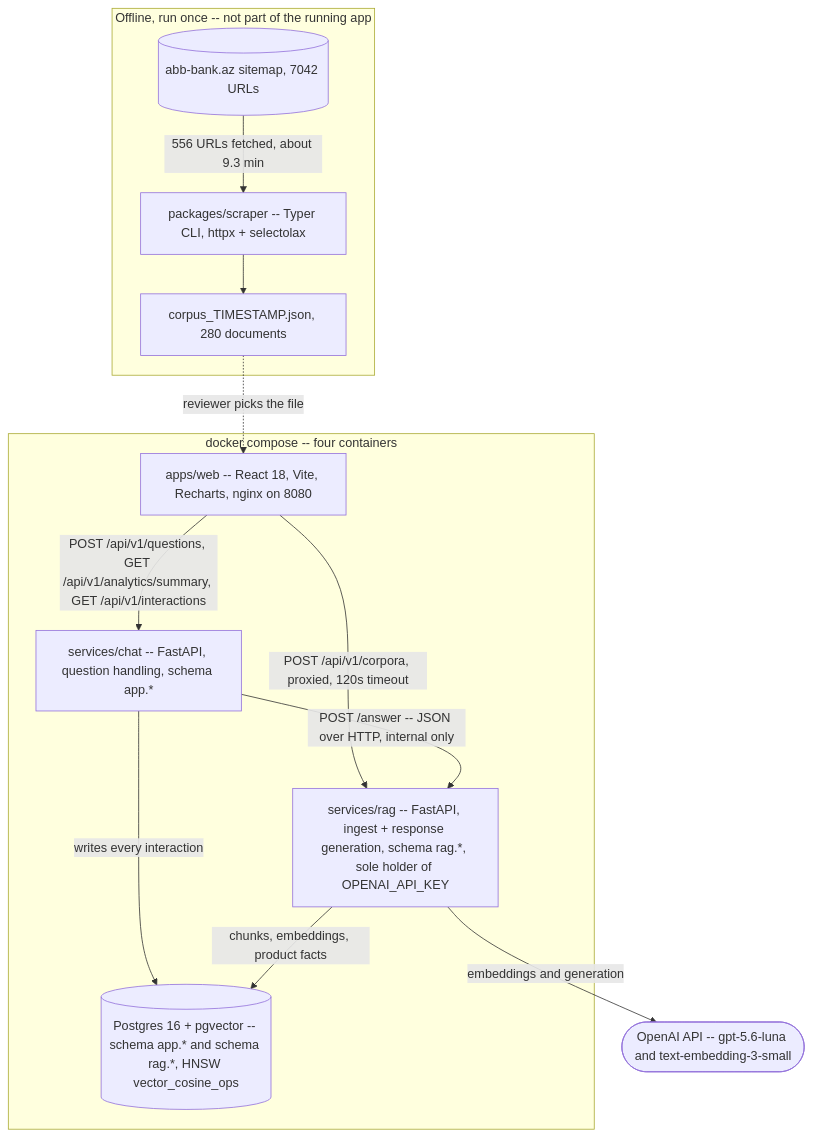
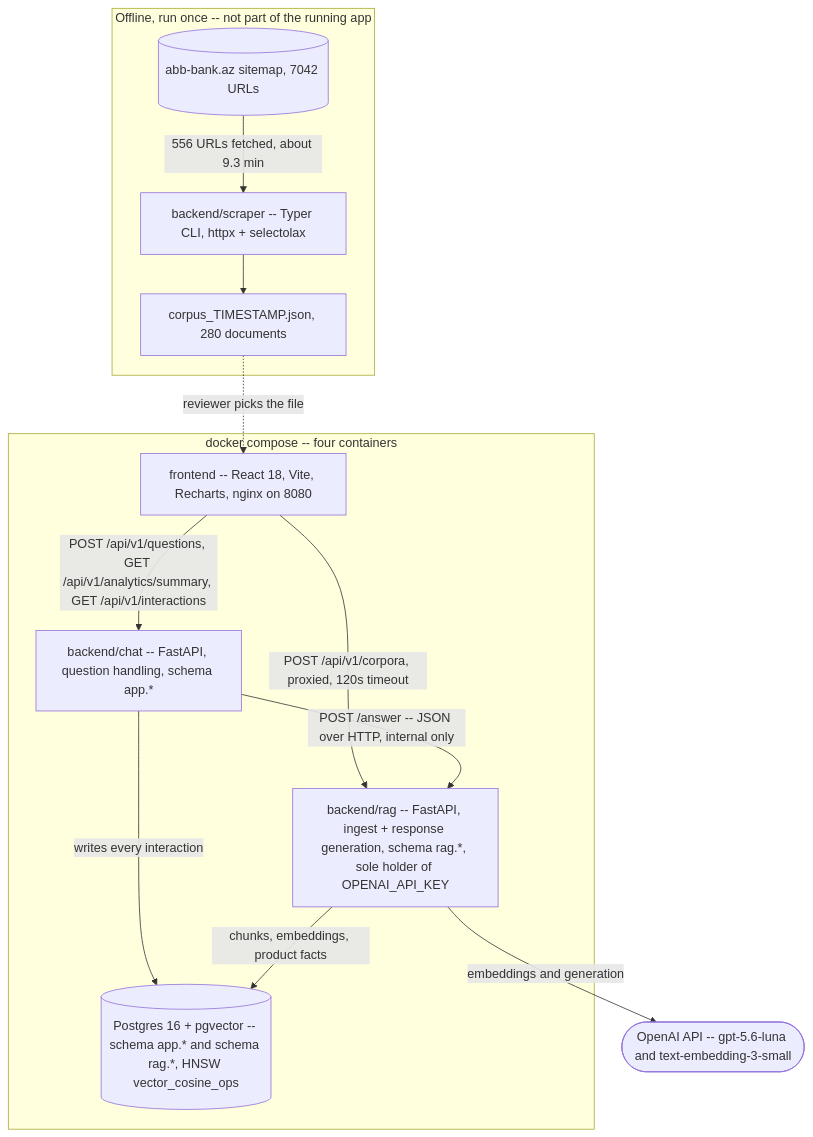
One commit to Farizakb/ABB_RAG changed the first of 2 diagrams in README.md. Above: the diagram before and after it, drawn with Mermaid. The commit also changed other lines of this file and 167 other files, not shown here.

Commit message:
refactor: split repo into backend/ and frontend/

````diff
--- a/README.md
+++ b/README.md
@@ -116,28 +116,28 @@
 ```mermaid
 flowchart TB
     subgraph offline["Offline, run once -- not part of the running app"]
-        scraper["packages/scraper -- Typer CLI, httpx + selectolax"]
+        scraper["backend/scraper -- Typer CLI, httpx + selectolax"]
         site[("abb-bank.az sitemap, 7042 URLs")]
         artifact["corpus_TIMESTAMP.json, 280 documents"]
         site -->|"556 URLs fetched, about 9.3 min"| scraper
         scraper --> artifact
     end
 
     artifact -.->|"reviewer picks the file"| web
 
     subgraph stack["docker compose -- four containers"]
-        web["apps/web -- React 18, Vite, Recharts, nginx on 8080"]
-        chat["services/chat -- FastAPI, question handling, schema app.*"]
-        rag["services/rag -- FastAPI, ingest + response generation, schema rag.*, sole holder of OPENAI_API_KEY"]
+        web["frontend -- React 18, Vite, Recharts, nginx on 8080"]
+        chat["backend/chat -- FastAPI, question handling, schema app.*"]
+        rag["backend/rag -- FastAPI, ingest + response generation, schema rag.*, sole holder of OPENAI_API_KEY"]
         db[("Postgres 16 + pgvector -- schema app.* and schema rag.*, HNSW vector_cosine_ops")]
     end
 
     openai(["OpenAI API -- gpt-5.6-luna and text-embedding-3-small"])
 
     web -->|"POST /api/v1/corpora, proxied, 120s timeout"| rag
     web -->|"POST /api/v1/questions, GET /api/v1/analytics/summary, GET /api/v1/interactions"| chat
     chat -->|"POST /answer -- JSON over HTTP, internal only"| rag
     chat -->|"writes every interaction"| db
     rag -->|"chunks, embeddings, product facts"| db
     rag -->|"embeddings and generation"| openai
 ```
````
